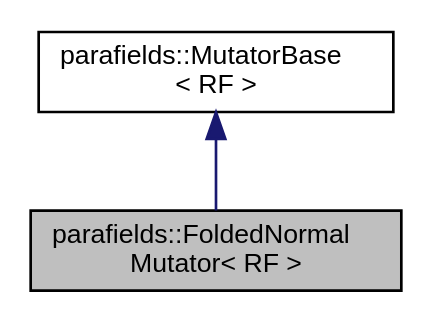
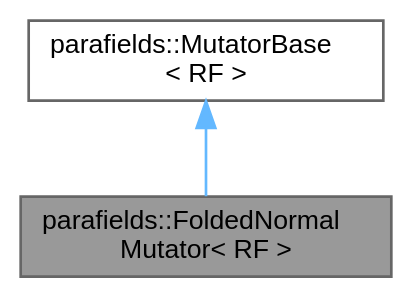
One commit to parafields/parafields-core changed the diagram in a01048.dot. Above: the diagram before and after it, drawn with Graphviz. The commit also changed 509 other files, not shown here.

```diff
--- a/a01048.dot
+++ b/a01048.dot
@@ -1,9 +1,10 @@
 digraph "parafields::FoldedNormalMutator&lt; RF &gt;"
 {
  // LATEX_PDF_SIZE
-  edge [fontname="Helvetica",fontsize="10",labelfontname="Helvetica",labelfontsize="10"];
-  node [fontname="Helvetica",fontsize="10",shape=record];
-  Node1 [label="parafields::FoldedNormal\lMutator\< RF \>",height=0.2,width=0.4,color="black", fillcolor="grey75", style="filled", fontcolor="black",tooltip="Absolute value function mutator for folded normal fields."];
-  Node2 -> Node1 [dir="back",color="midnightblue",fontsize="10",style="solid",fontname="Helvetica"];
-  Node2 [label="parafields::MutatorBase\l\< RF \>",height=0.2,width=0.4,color="black", fillcolor="white", style="filled",URL="$a01037.html",tooltip="Abstract base class for value transformations."];
+  bgcolor="transparent";
+  edge [fontname=Helvetica,fontsize=10,labelfontname=Helvetica,labelfontsize=10];
+  node [fontname=Helvetica,fontsize=10,shape=box,height=0.2,width=0.4];
+  Node1 [id="Node000001",label="parafields::FoldedNormal\lMutator\< RF \>",height=0.2,width=0.4,color="gray40", fillcolor="grey60", style="filled", fontcolor="black",tooltip="Absolute value function mutator for folded normal fields."];
+  Node2 -> Node1 [id="edge1_Node000001_Node000002",dir="back",color="steelblue1",style="solid",tooltip=" "];
+  Node2 [id="Node000002",label="parafields::MutatorBase\l\< RF \>",height=0.2,width=0.4,color="gray40", fillcolor="white", style="filled",URL="$a01037.html",tooltip="Abstract base class for value transformations."];
 }
```
